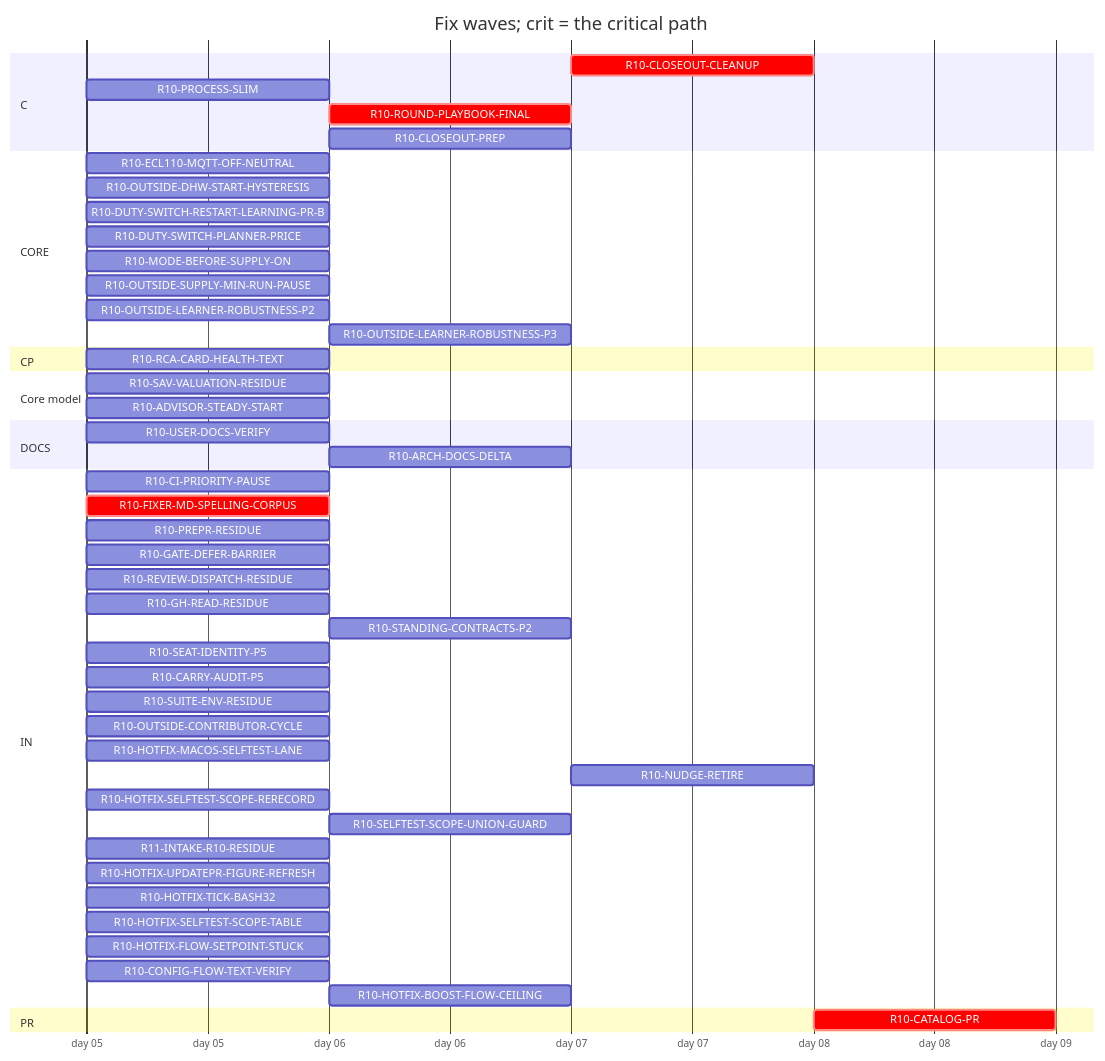
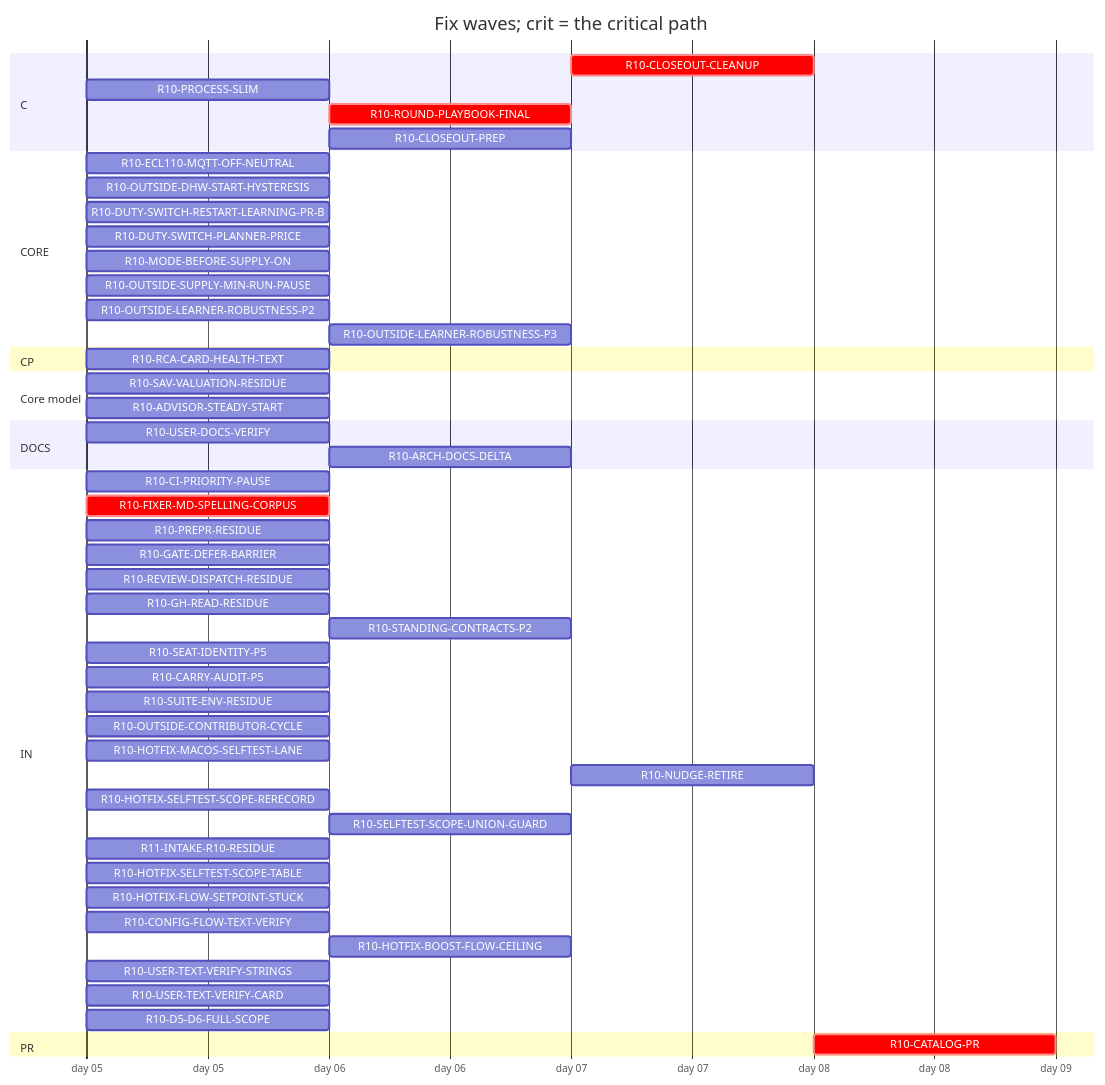
The diagram in handoff/round10/state/PLAN-TABLE.md (tvofi/heatpump_optimizer), drawn with Mermaid before and after one commit. The commit also changed other lines of this file and 3 other files, not shown here.

Commit message:
state: FLOW-BOARD.md, NEXT-SESSION-PROMPT.md, PLAN-TABLE.md, RESUME-CURRENT.md regenerated (state_docs.py)

````diff
--- a/handoff/round10/state/PLAN-TABLE.md
+++ b/handoff/round10/state/PLAN-TABLE.md
@@ -20,53 +20,54 @@
 ```mermaid
 gantt
   title Fix waves; crit = the critical path
   dateFormat YYYY-MM-DD
   axisFormat day %d
   section C
     R10-CLOSEOUT-CLEANUP :crit, r10CLOSEOUTCLEANUP, after r10USERDOCSVERIFY r10ROUNDPLAYBOOKFINAL r10CLOSEOUTPREP r10ARCHDOCSDELTA, 1d
     R10-PROCESS-SLIM :r10PROCESSSLIM, 2026-01-05, 1d
     R10-ROUND-PLAYBOOK-FINAL :crit, r10ROUNDPLAYBOOKFINAL, after r10FIXERMDSPELLINGCORPUS, 1d
     R10-CLOSEOUT-PREP :r10CLOSEOUTPREP, after r10FIXERMDSPELLINGCORPUS, 1d
   section CORE
     R10-ECL110-MQTT-OFF-NEUTRAL :r10ECL110MQTTOFFNEUTRAL, 2026-01-05, 1d
     R10-OUTSIDE-DHW-START-HYSTERESIS :r10OUTSIDEDHWSTARTHYSTERESIS, 2026-01-05, 1d
     R10-DUTY-SWITCH-RESTART-LEARNING-PR-B :r10DUTYSWITCHRESTARTLEARNINGPRB, 2026-01-05, 1d
     R10-DUTY-SWITCH-PLANNER-PRICE :r10DUTYSWITCHPLANNERPRICE, 2026-01-05, 1d
     R10-MODE-BEFORE-SUPPLY-ON :r10MODEBEFORESUPPLYON, 2026-01-05, 1d
     R10-OUTSIDE-SUPPLY-MIN-RUN-PAUSE :r10OUTSIDESUPPLYMINRUNPAUSE, 2026-01-05, 1d
     R10-OUTSIDE-LEARNER-ROBUSTNESS-P2 :r10OUTSIDELEARNERROBUSTNESSP2, 2026-01-05, 1d
     R10-OUTSIDE-LEARNER-ROBUSTNESS-P3 :r10OUTSIDELEARNERROBUSTNESSP3, after r10OUTSIDELEARNERROBUSTNESSP2, 1d
   section CP
     R10-RCA-CARD-HEALTH-TEXT :r10RCACARDHEALTHTEXT, 2026-01-05, 1d
   section Core model
     R10-SAV-VALUATION-RESIDUE :r10SAVVALUATIONRESIDUE, 2026-01-05, 1d
     R10-ADVISOR-STEADY-START :r10ADVISORSTEADYSTART, 2026-01-05, 1d
   section DOCS
     R10-USER-DOCS-VERIFY :r10USERDOCSVERIFY, 2026-01-05, 1d
     R10-ARCH-DOCS-DELTA :r10ARCHDOCSDELTA, after r10SAVVALUATIONRESIDUE r10ADVISORSTEADYSTART r10PROCESSSLIM, 1d
   section IN
     R10-CI-PRIORITY-PAUSE :r10CIPRIORITYPAUSE, 2026-01-05, 1d
     R10-FIXER-MD-SPELLING-CORPUS :crit, r10FIXERMDSPELLINGCORPUS, 2026-01-05, 1d
     R10-PREPR-RESIDUE :r10PREPRRESIDUE, 2026-01-05, 1d
     R10-GATE-DEFER-BARRIER :r10GATEDEFERBARRIER, 2026-01-05, 1d
     R10-REVIEW-DISPATCH-RESIDUE :r10REVIEWDISPATCHRESIDUE, 2026-01-05, 1d
     R10-GH-READ-RESIDUE :r10GHREADRESIDUE, 2026-01-05, 1d
     R10-STANDING-CONTRACTS-P2 :r10STANDINGCONTRACTSP2, after r10FIXERMDSPELLINGCORPUS, 1d
     R10-SEAT-IDENTITY-P5 :r10SEATIDENTITYP5, 2026-01-05, 1d
     R10-CARRY-AUDIT-P5 :r10CARRYAUDITP5, 2026-01-05, 1d
     R10-SUITE-ENV-RESIDUE :r10SUITEENVRESIDUE, 2026-01-05, 1d
     R10-OUTSIDE-CONTRIBUTOR-CYCLE :r10OUTSIDECONTRIBUTORCYCLE, 2026-01-05, 1d
     R10-HOTFIX-MACOS-SELFTEST-LANE :r10HOTFIXMACOSSELFTESTLANE, 2026-01-05, 1d
     R10-NUDGE-RETIRE :r10NUDGERETIRE, after r10ROUNDPLAYBOOKFINAL, 1d
     R10-HOTFIX-SELFTEST-SCOPE-RERECORD :r10HOTFIXSELFTESTSCOPERERECORD, 2026-01-05, 1d
     R10-SELFTEST-SCOPE-UNION-GUARD :r10SELFTESTSCOPEUNIONGUARD, after r10HOTFIXSELFTESTSCOPERERECORD, 1d
     R11-INTAKE-R10-RESIDUE :r11INTAKER10RESIDUE, 2026-01-05, 1d
-    R10-HOTFIX-UPDATEPR-FIGURE-REFRESH :r10HOTFIXUPDATEPRFIGUREREFRESH, 2026-01-05, 1d
-    R10-HOTFIX-TICK-BASH32 :r10HOTFIXTICKBASH32, 2026-01-05, 1d
     R10-HOTFIX-SELFTEST-SCOPE-TABLE :r10HOTFIXSELFTESTSCOPETABLE, 2026-01-05, 1d
     R10-HOTFIX-FLOW-SETPOINT-STUCK :r10HOTFIXFLOWSETPOINTSTUCK, 2026-01-05, 1d
     R10-CONFIG-FLOW-TEXT-VERIFY :r10CONFIGFLOWTEXTVERIFY, 2026-01-05, 1d
     R10-HOTFIX-BOOST-FLOW-CEILING :r10HOTFIXBOOSTFLOWCEILING, after r10HOTFIXFLOWSETPOINTSTUCK, 1d
+    R10-USER-TEXT-VERIFY-STRINGS :r10USERTEXTVERIFYSTRINGS, 2026-01-05, 1d
+    R10-USER-TEXT-VERIFY-CARD :r10USERTEXTVERIFYCARD, 2026-01-05, 1d
+    R10-D5-D6-FULL-SCOPE :r10D5D6FULLSCOPE, 2026-01-05, 1d
   section PR
     R10-CATALOG-PR :crit, r10CATALOGPR, after r10USERDOCSVERIFY r10ROUNDPLAYBOOKFINAL r10CLOSEOUTCLEANUP r10CLOSEOUTPREP r10ARCHDOCSDELTA, 1d
 ```
````
